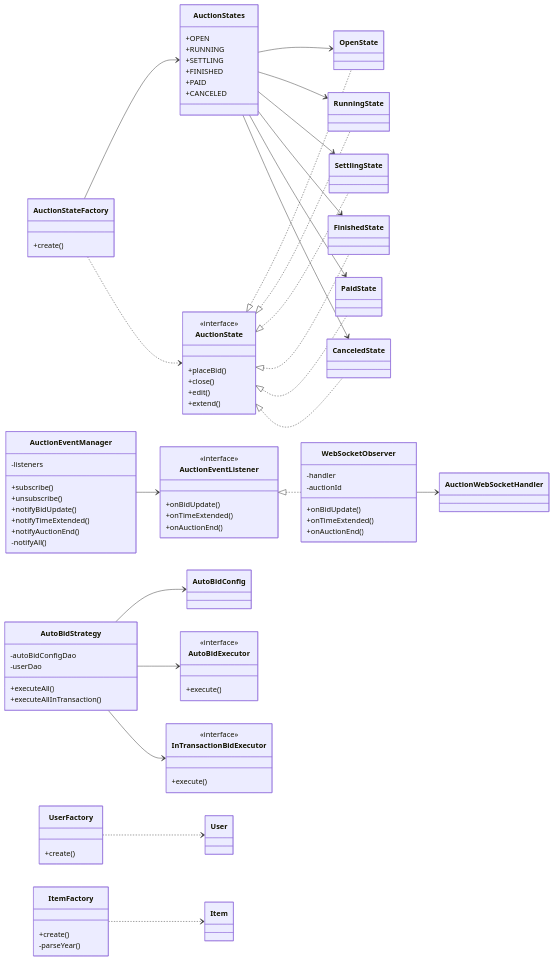
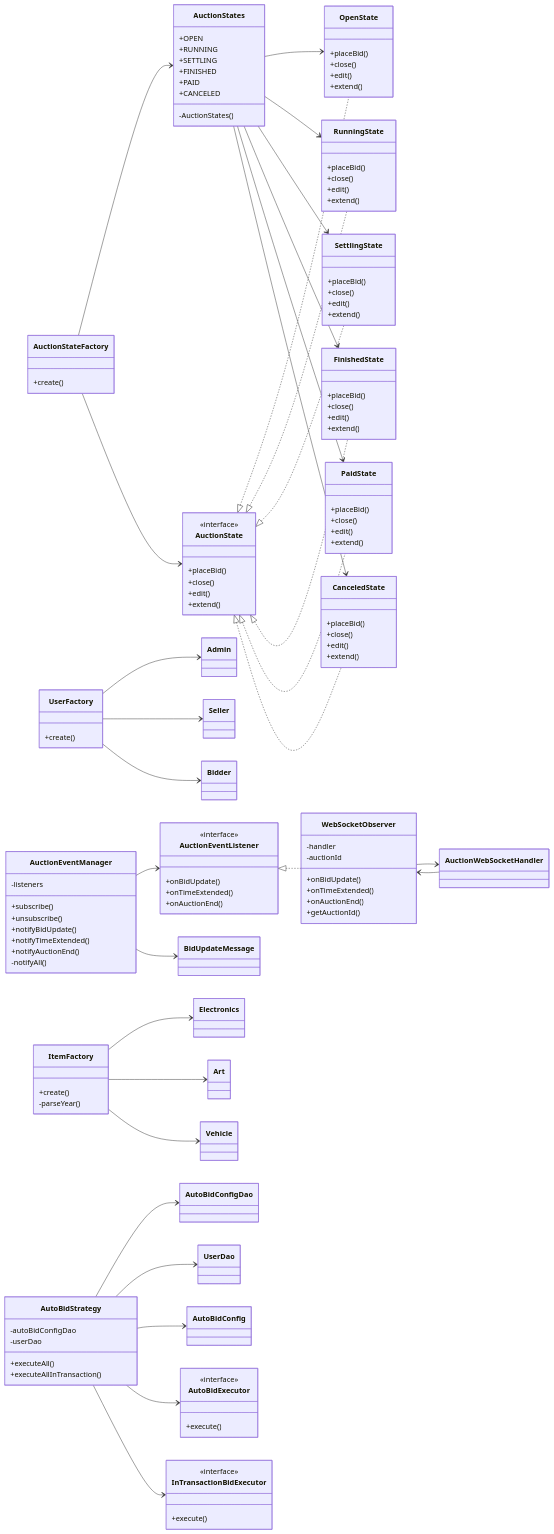
Before and after one commit to kieran-labs/oop-course-project-uet: the sixth of 7 diagrams in README.md, drawn with Mermaid. The commit also changed other lines of this file, not shown here.

Commit message:
docs: refine UML links and complete class members

```diff
--- a/README.md
+++ b/README.md
@@ -968,6 +1009,7 @@
     }
 
     class AuctionStates {
+        -AuctionStates()
         +OPEN
         +RUNNING
         +SETTLING
@@ -976,12 +1018,47 @@
         +CANCELED
     }
 
-    class OpenState
-    class RunningState
-    class SettlingState
-    class FinishedState
-    class PaidState
-    class CanceledState
+    class OpenState {
+        +placeBid()
+        +close()
+        +edit()
+        +extend()
+    }
+
+    class RunningState {
+        +placeBid()
+        +close()
+        +edit()
+        +extend()
+    }
+
+    class SettlingState {
+        +placeBid()
+        +close()
+        +edit()
+        +extend()
+    }
+
+    class FinishedState {
+        +placeBid()
+        +close()
+        +edit()
+        +extend()
+    }
+
+    class PaidState {
+        +placeBid()
+        +close()
+        +edit()
+        +extend()
+    }
+
+    class CanceledState {
+        +placeBid()
+        +close()
+        +edit()
+        +extend()
+    }
 
     class AuctionEventListener {
         <<interface>>
@@ -1006,6 +1083,7 @@
         +onBidUpdate()
         +onTimeExtended()
         +onAuctionEnd()
+        +getAuctionId()
     }
 
     class AutoBidStrategy {
@@ -1025,25 +1103,33 @@
         +execute()
     }
 
-    UserFactory ..> User
-    ItemFactory ..> Item
+    UserFactory --> Admin
+    UserFactory --> Seller
+    UserFactory --> Bidder
+    ItemFactory --> Electronics
+    ItemFactory --> Art
+    ItemFactory --> Vehicle
     AuctionStateFactory --> AuctionStates
-    AuctionStateFactory ..> AuctionState
+    AuctionStateFactory --> AuctionState
+    AuctionStates --> OpenState
+    AuctionStates --> RunningState
+    AuctionStates --> SettlingState
+    AuctionStates --> FinishedState
+    AuctionStates --> PaidState
+    AuctionStates --> CanceledState
     AuctionState <|.. OpenState
     AuctionState <|.. RunningState
     AuctionState <|.. SettlingState
     AuctionState <|.. FinishedState
     AuctionState <|.. PaidState
     AuctionState <|.. CanceledState
-    AuctionStates --> OpenState
-    AuctionStates --> RunningState
-    AuctionStates --> SettlingState
-    AuctionStates --> FinishedState
-    AuctionStates --> PaidState
-    AuctionStates --> CanceledState
     AuctionEventListener <|.. WebSocketObserver
     AuctionEventManager --> AuctionEventListener
+    AuctionEventManager --> BidUpdateMessage
+    AuctionWebSocketHandler --> WebSocketObserver
     WebSocketObserver --> AuctionWebSocketHandler
+    AutoBidStrategy --> AutoBidConfigDao
+    AutoBidStrategy --> UserDao
     AutoBidStrategy --> AutoBidConfig
     AutoBidStrategy --> AutoBidExecutor
     AutoBidStrategy --> InTransactionBidExecutor
```
